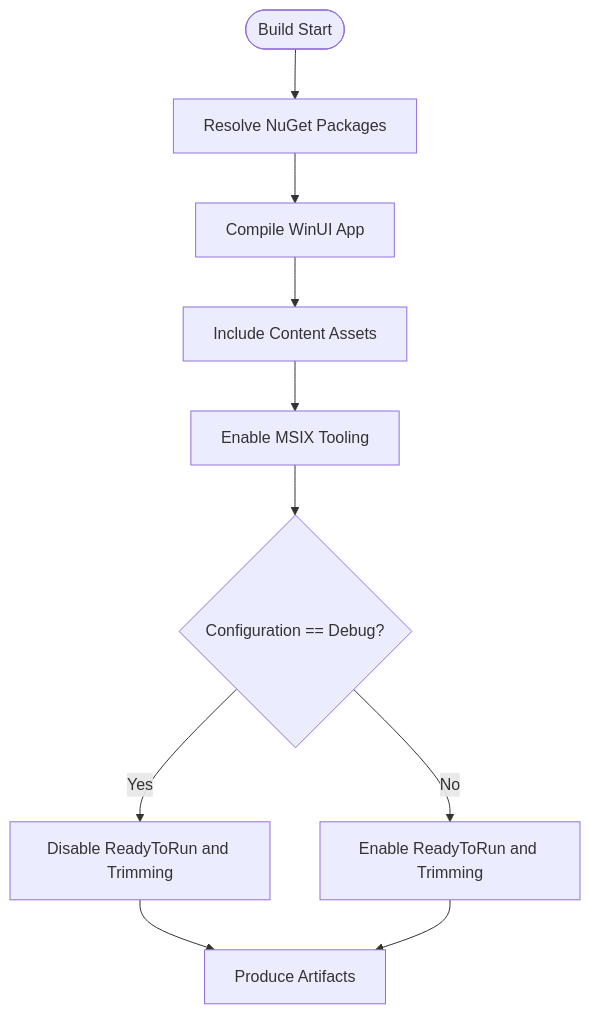
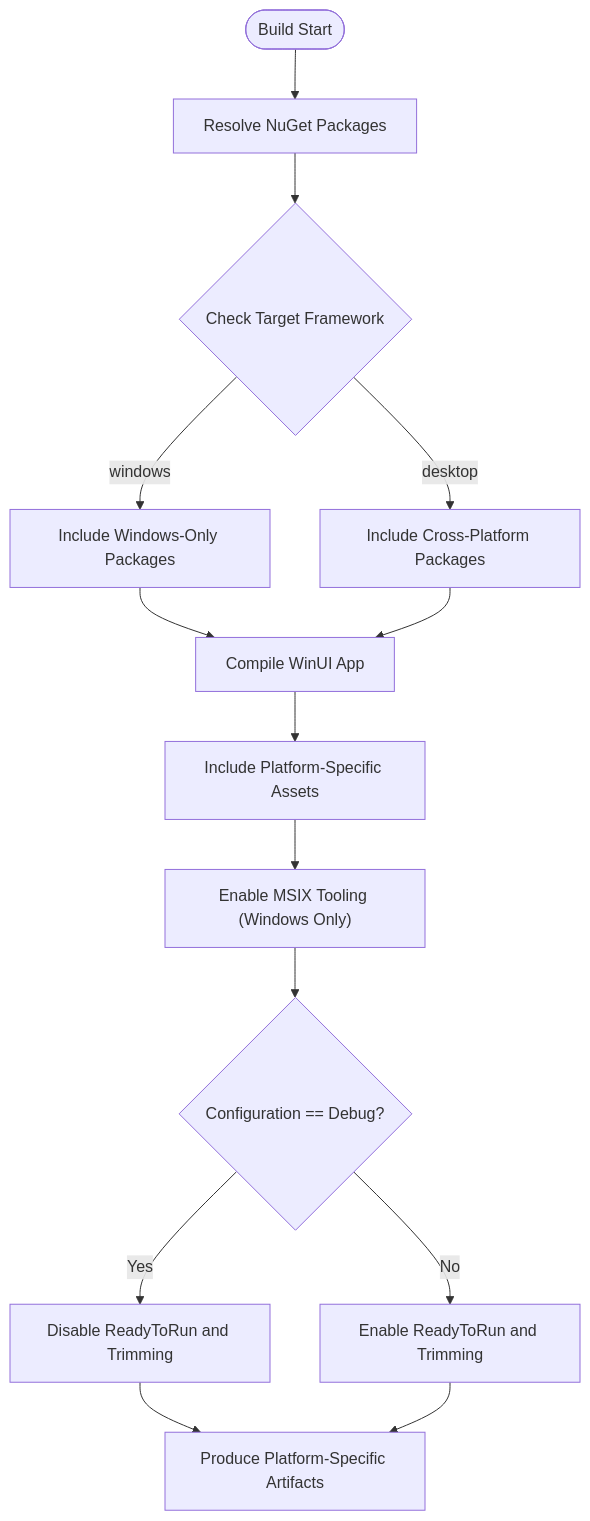
The third of 12 diagrams in .qoder/repowiki/en/content/Configuration and Deployment.md (AgenticDesktop/App), drawn with Mermaid before and after one commit. The commit also changed other lines of this file and 108 other files, not shown here.

First line of the commit message:
Add support for Uno Desktop and WinUI 3 build scripts

````diff
--- a/.qoder/repowiki/en/content/Configuration and Deployment.md
+++ b/.qoder/repowiki/en/content/Configuration and Deployment.md
@@ -157,12 +180,16 @@
 ```mermaid
 flowchart TD
 Start(["Build Start"]) --> Resolve["Resolve NuGet Packages"]
-Resolve --> Compile["Compile WinUI App"]
-Compile --> Assets["Include Content Assets"]
-Assets --> Pack["Enable MSIX Tooling"]
+Resolve --> CheckPlatform{"Check Target Framework"}
+CheckPlatform --> |windows| WindowsPackages["Include Windows-Only Packages"]
+CheckPlatform --> |desktop| DesktopPackages["Include Cross-Platform Packages"]
+WindowsPackages --> Compile["Compile WinUI App"]
+DesktopPackages --> Compile
+Compile --> Assets["Include Platform-Specific Assets"]
+Assets --> Pack["Enable MSIX Tooling (Windows Only)"]
 Pack --> Optimize{"Configuration == Debug?"}
 Optimize --> |Yes| NoOpt["Disable ReadyToRun and Trimming"]
 Optimize --> |No| EnableOpt["Enable ReadyToRun and Trimming"]
-NoOpt --> Output["Produce Artifacts"]
+NoOpt --> Output["Produce Platform-Specific Artifacts"]
 EnableOpt --> Output
 ```
````
